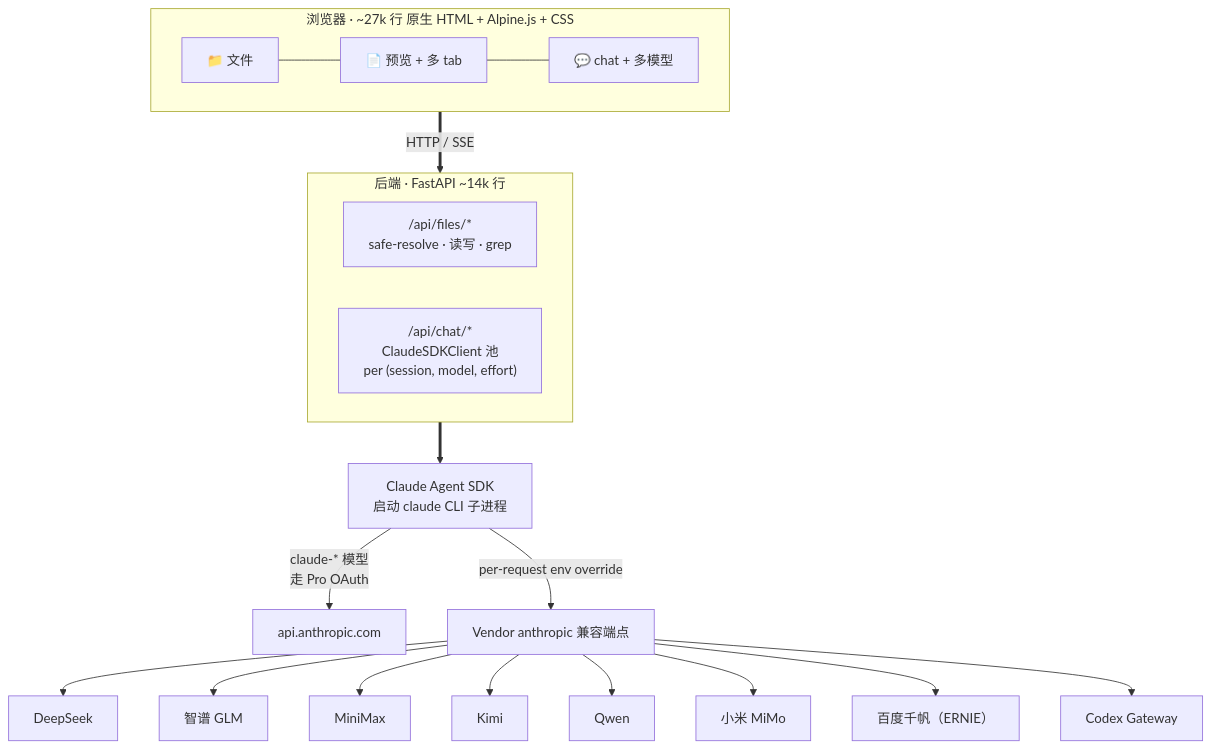
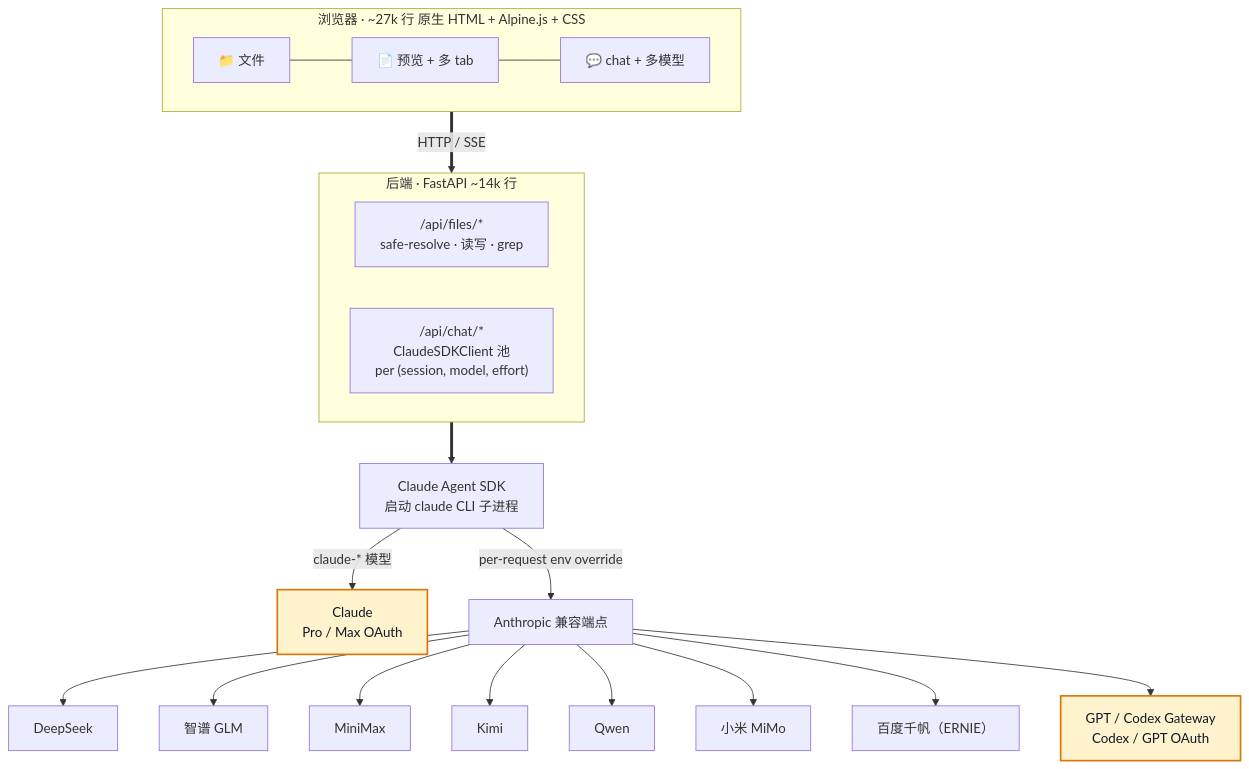
The diagram in docs/architecture_zh.md (hesorchen/muselab), drawn with Mermaid before and after one commit. The commit also changed 7 other files, not shown here.

````diff
--- a/docs/architecture_zh.md
+++ b/docs/architecture_zh.md
@@ -5,22 +5,25 @@
 ```mermaid
 flowchart TB
   subgraph Browser["浏览器 · ~27k 行 原生 HTML + Alpine.js + CSS"]
     F[📁 文件] --- P[📄 预览 + 多 tab] --- C[💬 chat + 多模型]
   end
   Browser ==>|HTTP / SSE| BE
   subgraph BE["后端 · FastAPI ~14k 行"]
     A["/api/files/*<br/>safe-resolve · 读写 · grep"]
     B["/api/chat/*<br/>ClaudeSDKClient 池<br/>per (session, model, effort)"]
   end
   BE ==> SDK[Claude Agent SDK<br/>启动 claude CLI 子进程]
-  SDK -->|claude-* 模型<br/>走 Pro OAuth| AN[api.anthropic.com]
-  SDK -->|per-request env override| V[Vendor anthropic 兼容端点]
+  SDK -->|claude-* 模型| CL[Claude<br/>Pro / Max OAuth]
+  SDK -->|per-request env override| V[Anthropic 兼容端点]
   V --> DS[DeepSeek]
   V --> GL[智谱 GLM]
   V --> MM[MiniMax]
   V --> KM[Kimi]
   V --> QW[Qwen]
   V --> XM[小米 MiMo]
   V --> QF[百度千帆（ERNIE）]
-  V --> CG[Codex Gateway]
+  V --> CG[GPT / Codex Gateway<br/>Codex / GPT OAuth]
+
+  class CL,CG subscriptionOauth
+  classDef subscriptionOauth fill:#FFF3CD,stroke:#D97706,stroke-width:2px,color:#111827
 ```
````
